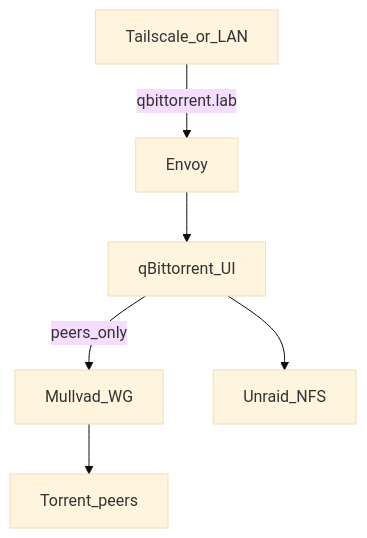
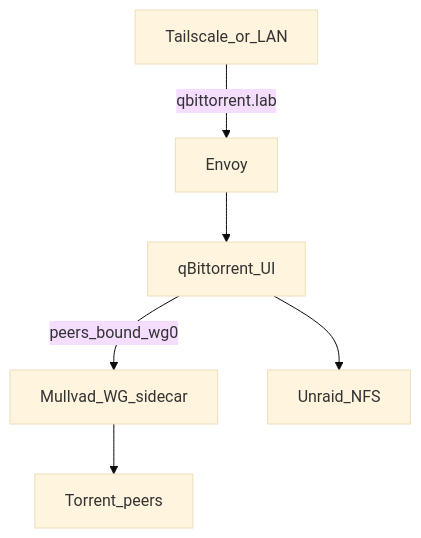
One commit to jacobdrury/homelab changed the diagram in docs/architecture/media.md. Above: the diagram before and after it, drawn with Mermaid (base theme). The commit also changed other lines of this file and 13 other files, not shown here.

````diff
--- a/docs/architecture/media.md
+++ b/docs/architecture/media.md
@@ -61,12 +78,12 @@
 ```mermaid
 flowchart TB
   User[Tailscale_or_LAN]
   Envoy[Envoy]
   Q[qBittorrent_UI]
-  WG[Mullvad_WG]
+  WG[Mullvad_WG_sidecar]
   Peers[Torrent_peers]
   NFS[Unraid_NFS]
   User -->|qbittorrent.lab| Envoy --> Q
   Q --> NFS
-  Q -->|peers_only| WG --> Peers
+  Q -->|peers_bound_wg0| WG --> Peers
 ```
````
